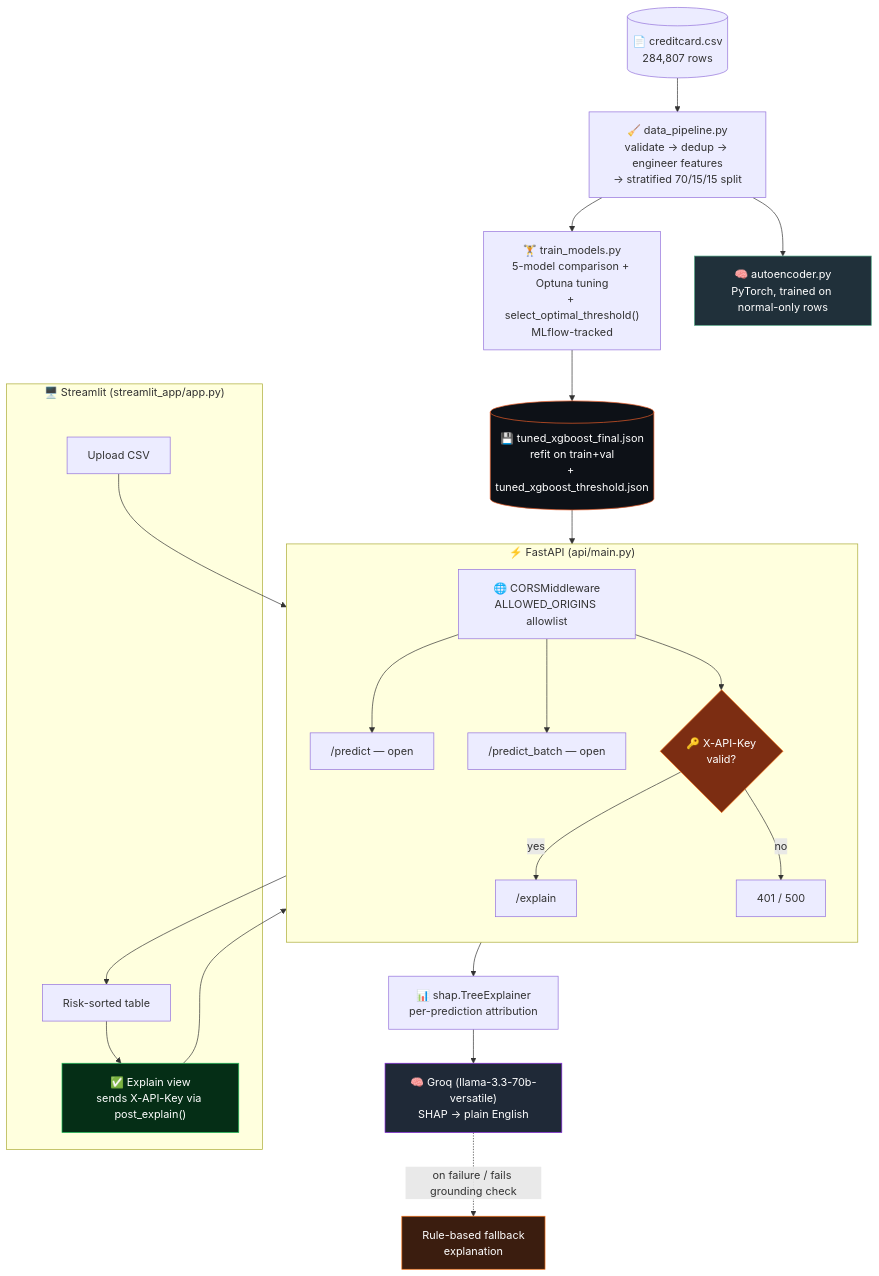
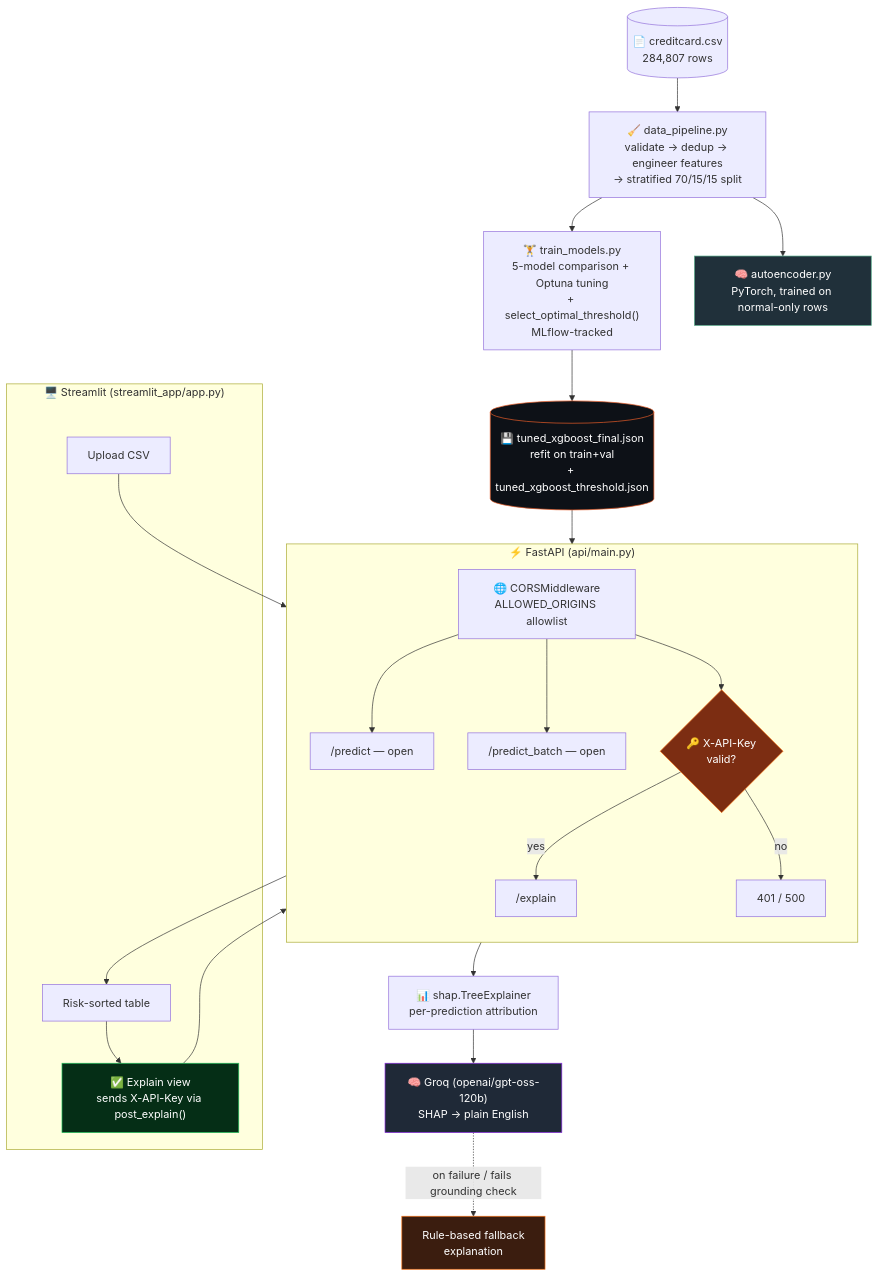
Before and after one commit to Debasish65368/sentinelml: the first of 8 diagrams in README.md, drawn with Mermaid. The commit also changed other lines of this file and 2 other files, not shown here.

Commit message:
Update Groq model for current API

````diff
--- a/README.md
+++ b/README.md
@@ -66,45 +66,45 @@
 ```mermaid
 flowchart TB
     Raw[("📄 creditcard.csv\n284,807 rows")]
     Pipe["🧹 data_pipeline.py\nvalidate → dedup → engineer features\n→ stratified 70/15/15 split"]
     Train["🏋️ train_models.py\n5-model comparison + Optuna tuning\n+ select_optimal_threshold()\nMLflow-tracked"]
     AE["🧠 autoencoder.py\nPyTorch, trained on normal-only rows"]
     Model[("💾 tuned_xgboost_final.json\nrefit on train+val\n+ tuned_xgboost_threshold.json")]
 
     subgraph API["⚡ FastAPI (api/main.py)"]
         direction TB
         CORS["🌐 CORSMiddleware\nALLOWED_ORIGINS allowlist"]
         Predict["/predict — open"]
         Batch["/predict_batch — open"]
         Gate{"🔑 X-API-Key\nvalid?"}
         Explain["/explain"]
         CORS --> Predict & Batch & Gate
         Gate -- "yes" --> Explain
         Gate -- "no" --> Deny["401 / 500"]
     end
 
     SHAP["📊 shap.TreeExplainer\nper-prediction attribution"]
-    Groq["🧠 Groq (llama-3.3-70b-versatile)\nSHAP → plain English"]
+    Groq["🧠 Groq (openai/gpt-oss-120b)\nSHAP → plain English"]
 
     subgraph UI["🖥️ Streamlit (streamlit_app/app.py)"]
         Upload["Upload CSV"]
         Table["Risk-sorted table"]
         Detail["✅ Explain view\nsends X-API-Key via post_explain()"]
     end
 
     Raw --> Pipe --> Train --> Model
     Pipe --> AE
     Model --> API
     Explain --> SHAP --> Groq
     Groq -. "on failure / fails grounding check" .-> Fallback["Rule-based fallback\nexplanation"]
 
     Upload --> Batch
     Batch --> Table --> Detail --> Explain
 
     style Model fill:#0d1117,color:#fff,stroke:#EB5E28
     style AE fill:#20303a,color:#fff,stroke:#5a8
     style Groq fill:#1f2937,color:#fff,stroke:#8A2BE2
     style Fallback fill:#3b1d0f,color:#fff,stroke:#f97316
     style Gate fill:#7c2d12,color:#fff,stroke:#f97316
     style Detail fill:#052e16,color:#fff,stroke:#22c55e
 ```
````
